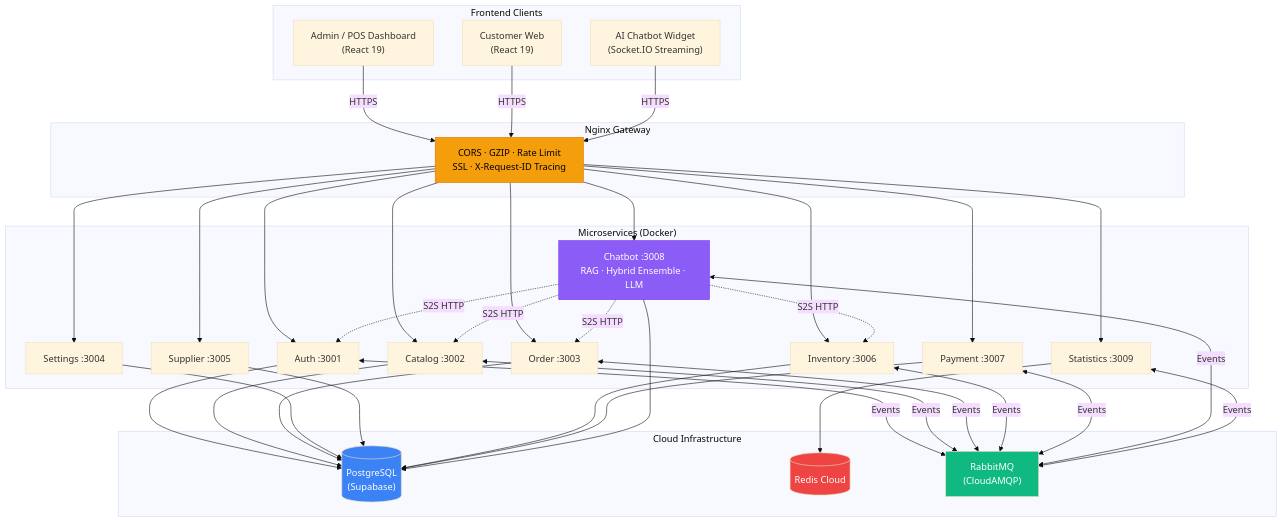
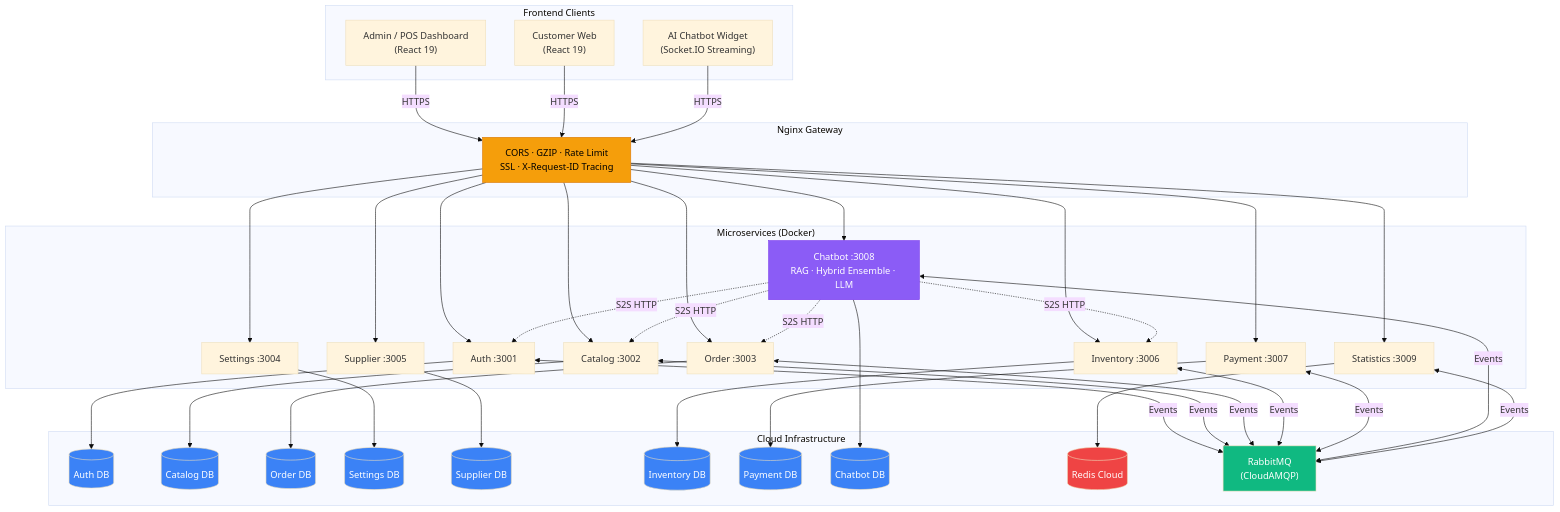
Before and after one commit to PhatNguyenTT2/Mini-Mart: the first of 3 diagrams in README.md, drawn with Mermaid (base theme). The commit also changed other lines of this file, not shown here.

Commit message:
Update Frontend Link

````diff
--- a/README.md
+++ b/README.md
@@ -31,43 +31,66 @@
 ```mermaid
 flowchart TD
     subgraph Clients["Frontend Clients"]
         ADMIN["Admin / POS Dashboard\n(React 19)"]
         CUSTOMER["Customer Web\n(React 19)"]
         CHATWIDGET["AI Chatbot Widget\n(Socket.IO Streaming)"]
     end
 
     subgraph GW["Nginx Gateway"]
         GATEWAY["CORS · GZIP · Rate Limit\nSSL · X-Request-ID Tracing"]
     end
 
     subgraph Services["Microservices (Docker)"]
         AUTH["Auth :3001"]
         CATALOG["Catalog :3002"]
         ORDER["Order :3003"]
         SETTINGS["Settings :3004"]
         SUPPLIER["Supplier :3005"]
         INVENTORY["Inventory :3006"]
         PAYMENT["Payment :3007"]
         STATS["Statistics :3009"]
         CHATBOT["Chatbot :3008\nRAG · Hybrid Ensemble · LLM"]
     end
 
     subgraph Infra["Cloud Infrastructure"]
-        PG[("PostgreSQL\n(Supabase)")]
+        DB_AUTH[("Auth DB")]
+        DB_CATALOG[("Catalog DB")]
+        DB_ORDER[("Order DB")]
+        DB_SETTINGS[("Settings DB")]
+        DB_SUPPLIER[("Supplier DB")]
+        DB_INVENTORY[("Inventory DB")]
+        DB_PAYMENT[("Payment DB")]
+        DB_CHATBOT[("Chatbot DB")]
         REDIS[("Redis Cloud")]
         MQ["RabbitMQ\n(CloudAMQP)"]
     end
 
     ADMIN & CUSTOMER & CHATWIDGET -->|HTTPS| GATEWAY
     GATEWAY --> AUTH & CATALOG & ORDER & SETTINGS & SUPPLIER & INVENTORY & PAYMENT & STATS & CHATBOT
     CHATBOT -.->|"S2S HTTP"| CATALOG & INVENTORY & ORDER & AUTH
-    AUTH & CATALOG & ORDER & SETTINGS & SUPPLIER & INVENTORY & PAYMENT & CHATBOT --> PG
+
+    AUTH --> DB_AUTH
+    CATALOG --> DB_CATALOG
+    ORDER --> DB_ORDER
+    SETTINGS --> DB_SETTINGS
+    SUPPLIER --> DB_SUPPLIER
+    INVENTORY --> DB_INVENTORY
+    PAYMENT --> DB_PAYMENT
+    CHATBOT --> DB_CHATBOT
     STATS --> REDIS
+
     AUTH & CATALOG & ORDER & INVENTORY & PAYMENT & CHATBOT & STATS <-->|Events| MQ
 
     style CHATBOT fill:#8b5cf6,color:#fff,stroke:#7c3aed
     style GATEWAY fill:#f59e0b,color:#000,stroke:#d97706
-    style PG fill:#3b82f6,color:#fff
     style REDIS fill:#ef4444,color:#fff
     style MQ fill:#10b981,color:#fff
+    style DB_AUTH fill:#3b82f6,color:#fff
+    style DB_CATALOG fill:#3b82f6,color:#fff
+    style DB_ORDER fill:#3b82f6,color:#fff
+    style DB_SETTINGS fill:#3b82f6,color:#fff
+    style DB_SUPPLIER fill:#3b82f6,color:#fff
+    style DB_INVENTORY fill:#3b82f6,color:#fff
+    style DB_PAYMENT fill:#3b82f6,color:#fff
+    style DB_CHATBOT fill:#3b82f6,color:#fff
 ```
````
